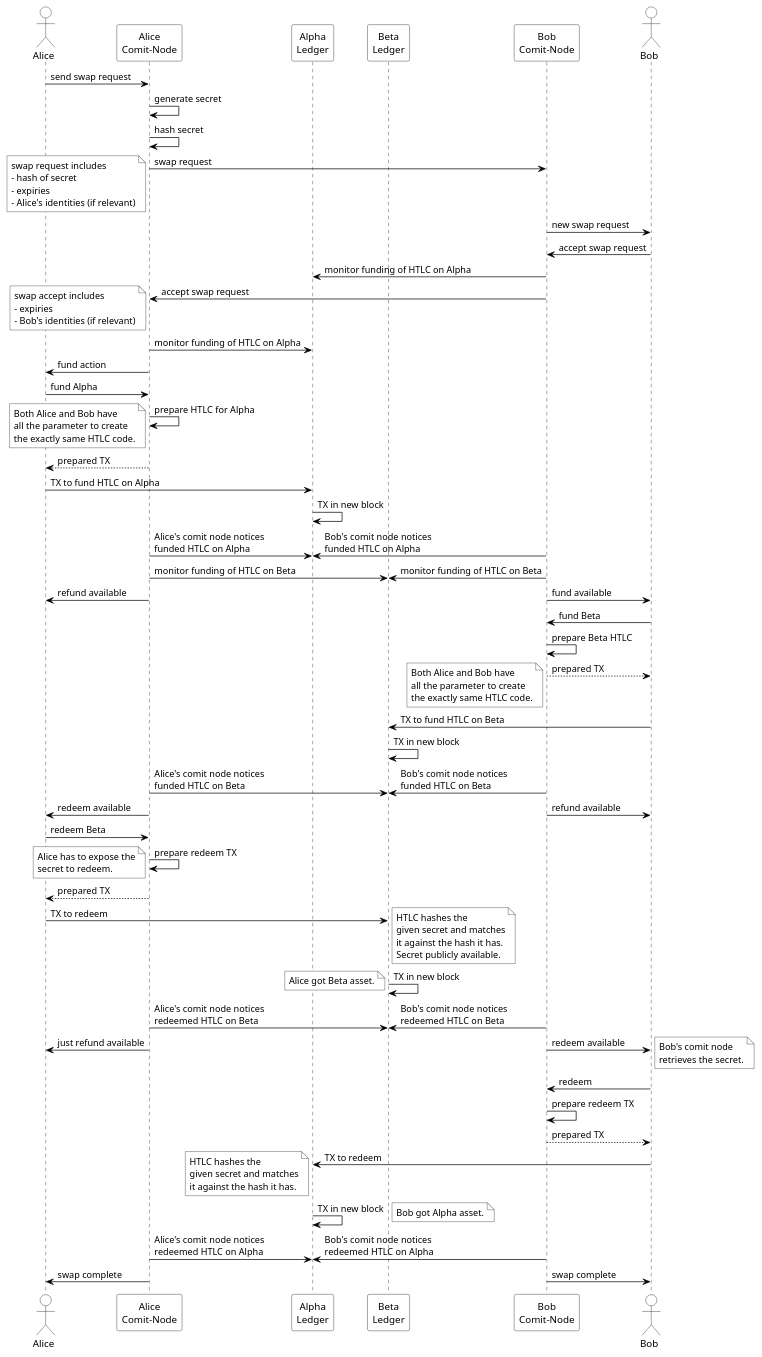
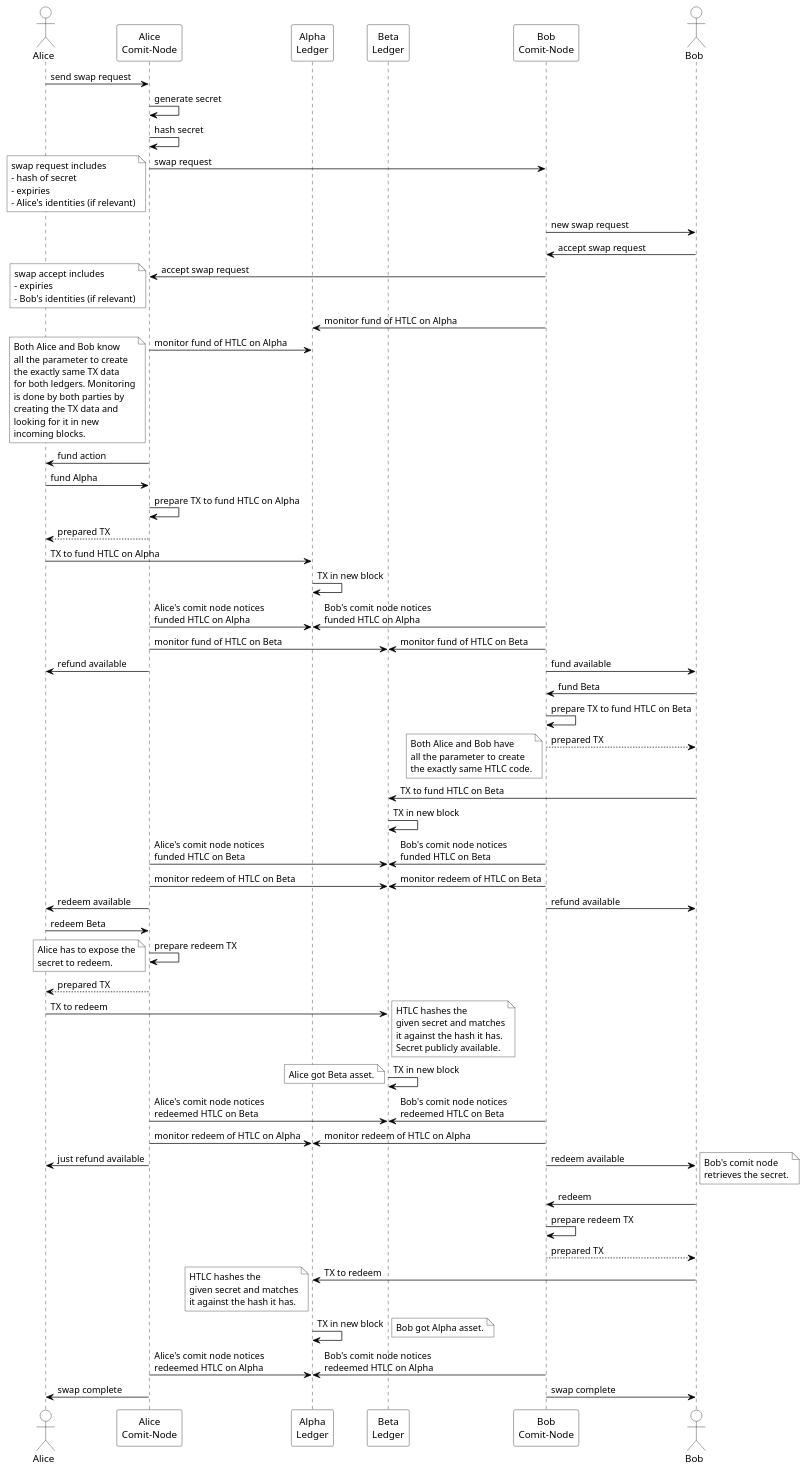
The diagram in assets/RFC003-AlphaBeta-AtomicSwap.puml (comit-network/RFCs), drawn with PlantUML before and after one commit.

Commit message:
clarify monitoring of the ledger by the comit node

```diff
--- a/assets/RFC003-AlphaBeta-AtomicSwap.puml
+++ b/assets/RFC003-AlphaBeta-AtomicSwap.puml
@@ -4,130 +4,139 @@
 @startuml
 ' #################################################
 ' SETTINGS: color settings of diagram
 ' #################################################
 skinparam sequence {
 	BorderColor black
 	ArrowColor black
 	ActorBorderColor black
 	LifeLineBorderColor black
 	LifeLineBackgroundColor white
 	
 	ParticipantBorderColor black
 	ParticipantBackgroundColor white
 	ParticipantFontColor black
 	
 	ActorBackgroundColor white
 	ActorFontColor black
 }
 ' #################################################
 ' ACTORS
 ' #################################################
 actor Alice
 participant "Alice\nComit-Node" as AC
 participant "Alpha\nLedger" as Alpha
 participant "Beta\nLedger" as Beta
 participant "Bob\nComit-Node" as BC
 actor Bob
 
 ' allow parallelism
 !pragma teoz true
 
 ' #################################################
 ' DIAGRAM
 ' #################################################
 Alice->AC: send swap request
 AC->AC: generate secret
 AC->AC: hash secret
 AC->BC: swap request 
 note left #white
 	swap request includes 
 	- hash of secret 
 	- expiries
 	- Alice's identities (if relevant)
 end note
 BC->Bob: new swap request
 Bob->BC: accept swap request
-BC->Alpha: monitor funding of HTLC on Alpha
 BC->AC: accept swap request
 note left #white
 	swap accept includes 
 	- expiries
 	- Bob's identities (if relevant)
 end note
-AC->Alpha: monitor funding of HTLC on Alpha
+BC->Alpha: monitor fund of HTLC on Alpha
+AC->Alpha: monitor fund of HTLC on Alpha
+note left #white
+	Both Alice and Bob know
+	all the parameter to create
+	the exactly same TX data
+	for both ledgers. Monitoring
+	is done by both parties by
+	creating the TX data and
+	looking for it in new
+	incoming blocks.
+end note
 AC->Alice: fund action
 Alice->AC: fund Alpha
-AC->AC: prepare HTLC for Alpha
-note left #white
-	Both Alice and Bob have
-	all the parameter to create
-	the exactly same HTLC code.
-end note
+AC->AC: prepare TX to fund HTLC on Alpha
 AC-->Alice: prepared TX
 Alice->Alpha: TX to fund HTLC on Alpha
 Alpha->Alpha: TX in new block
 AC->Alpha: Alice's comit node notices\nfunded HTLC on Alpha
 & BC->Alpha: Bob's comit node notices\nfunded HTLC on Alpha
-AC->Beta: monitor funding of HTLC on Beta
-& BC->Beta: monitor funding of HTLC on Beta
+BC->Beta: monitor fund of HTLC on Beta
+& AC->Beta: monitor fund of HTLC on Beta
 AC->Alice: refund available
 & BC->Bob: fund available
 Bob->BC: fund Beta
-BC->BC: prepare Beta HTLC
+BC->BC: prepare TX to fund HTLC on Beta
 BC-->Bob: prepared TX
 note left #white
 	Both Alice and Bob have
 	all the parameter to create
 	the exactly same HTLC code.
 end note
 Bob->Beta: TX to fund HTLC on Beta
 Beta->Beta: TX in new block
 BC->Beta: Bob's comit node notices\nfunded HTLC on Beta
 & AC->Beta: Alice's comit node notices\nfunded HTLC on Beta
+BC->Beta: monitor redeem of HTLC on Beta
+& AC->Beta: monitor redeem of HTLC on Beta
 BC->Bob: refund available
 & AC->Alice: redeem available
 Alice->AC: redeem Beta
 AC->AC: prepare redeem TX
 note left #white
 	Alice has to expose the
 	secret to redeem.
 end note
 AC-->Alice: prepared TX
 Alice->Beta: TX to redeem
 note right #white
 	HTLC hashes the
 	given secret and matches
 	it against the hash it has.
 	Secret publicly available.
 end note
 Beta->Beta: TX in new block
 note left #white
 	Alice got Beta asset.
 end note
 AC->Beta: Alice's comit node notices\nredeemed HTLC on Beta
 & BC->Beta: Bob's comit node notices\nredeemed HTLC on Beta
+BC->Alpha: monitor redeem of HTLC on Alpha
+& AC->Alpha: monitor redeem of HTLC on Alpha
 AC->Alice: just refund available
 & BC->Bob: redeem available
 note right #white
 	Bob's comit node
 	retrieves the secret.
 end note
 Bob->BC: redeem
 BC->BC: prepare redeem TX
 BC-->Bob: prepared TX
 Bob->Alpha: TX to redeem
 note left #white
 	HTLC hashes the
 	given secret and matches
 	it against the hash it has.
 end note
 Alpha->Alpha: TX in new block
 note right #white
 	Bob got Alpha asset.
 end note
 AC->Alpha: Alice's comit node notices\nredeemed HTLC on Alpha
 & BC->Alpha: Bob's comit node notices\nredeemed HTLC on Alpha
 AC->Alice: swap complete
 & BC->Bob: swap complete
 
 @enduml
```
